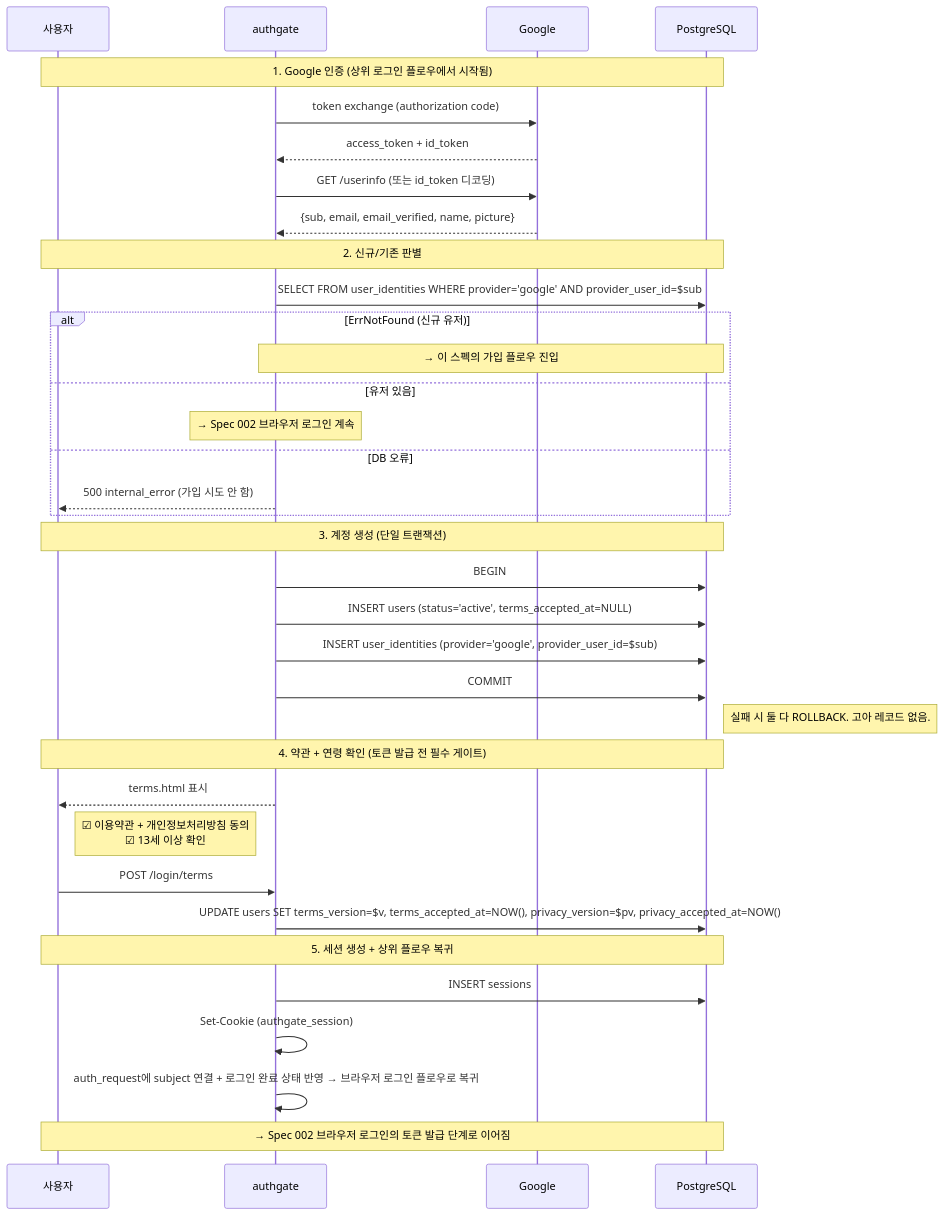
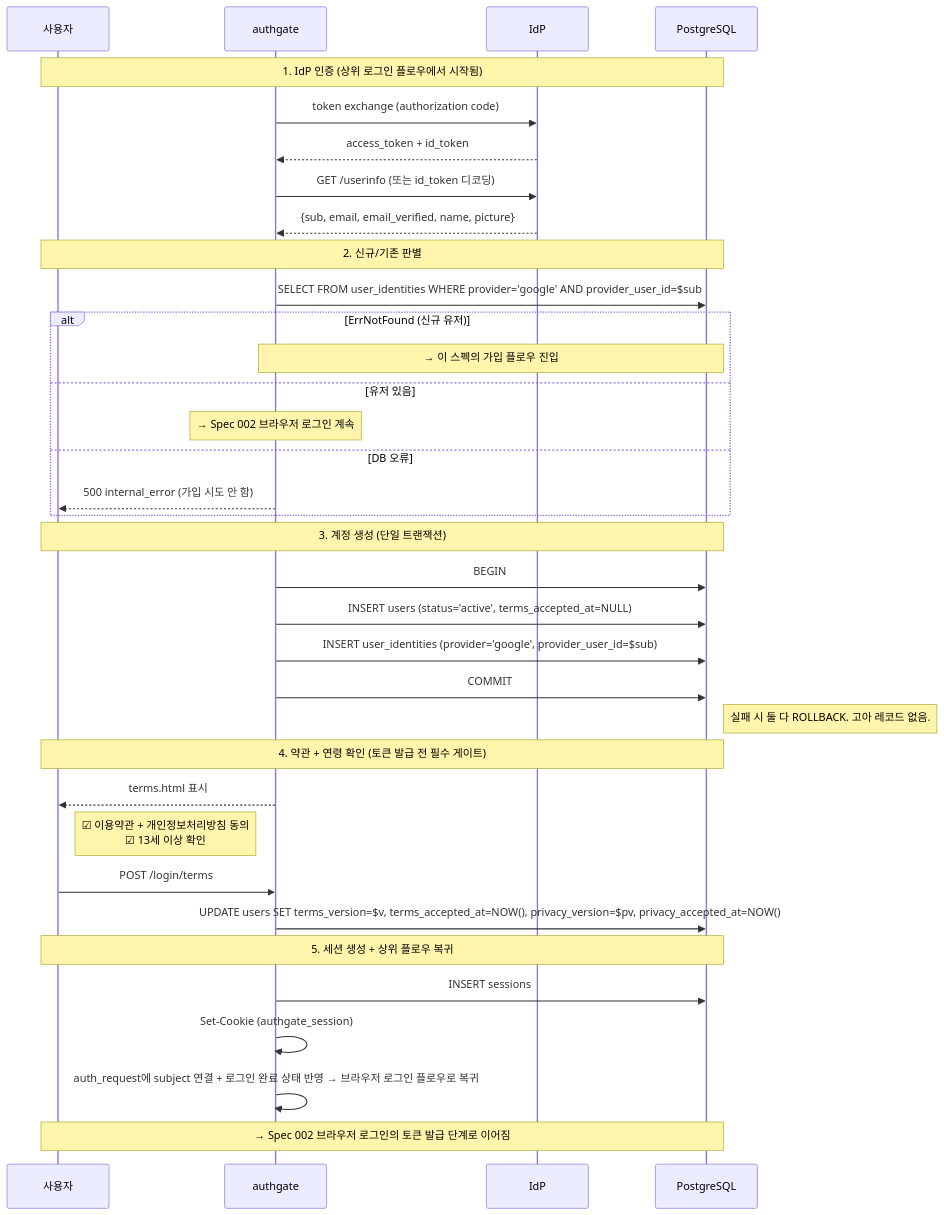
The diagram in docs/spec/001-signup.md (cagojeiger/authgate), drawn with Mermaid before and after one commit. The commit also changed other lines of this file and 12 other files, not shown here.

````diff
--- a/docs/spec/001-signup.md
+++ b/docs/spec/001-signup.md
@@ -50,42 +50,42 @@
 ```mermaid
 sequenceDiagram
     participant U as 사용자
     participant AG as authgate
-    participant G as Google
+    participant IdP as IdP
     participant DB as PostgreSQL
 
-    Note over U,DB: 1. Google 인증 (상위 로그인 플로우에서 시작됨)
-    AG->>G: token exchange (authorization code)
-    G-->>AG: access_token + id_token
-    AG->>G: GET /userinfo (또는 id_token 디코딩)
-    G-->>AG: {sub, email, email_verified, name, picture}
+    Note over U,DB: 1. IdP 인증 (상위 로그인 플로우에서 시작됨)
+    AG->>IdP: token exchange (authorization code)
+    IdP-->>AG: access_token + id_token
+    AG->>IdP: GET /userinfo (또는 id_token 디코딩)
+    IdP-->>AG: {sub, email, email_verified, name, picture}
 
     Note over U,DB: 2. 신규/기존 판별
     AG->>DB: SELECT FROM user_identities WHERE provider='google' AND provider_user_id=$sub
     alt ErrNotFound (신규 유저)
         Note over AG,DB: → 이 스펙의 가입 플로우 진입
     else 유저 있음
         Note over AG: → Spec 002 브라우저 로그인 계속
     else DB 오류
         AG-->>U: 500 internal_error (가입 시도 안 함)
     end
 
     Note over U,DB: 3. 계정 생성 (단일 트랜잭션)
     AG->>DB: BEGIN
     AG->>DB: INSERT users (status='active', terms_accepted_at=NULL)
     AG->>DB: INSERT user_identities (provider='google', provider_user_id=$sub)
     AG->>DB: COMMIT
     Note right of DB: 실패 시 둘 다 ROLLBACK. 고아 레코드 없음.
 
     Note over U,DB: 4. 약관 + 연령 확인 (토큰 발급 전 필수 게이트)
     AG-->>U: terms.html 표시
     Note right of U: ☑ 이용약관 + 개인정보처리방침 동의<br/>☑ 13세 이상 확인
     U->>AG: POST /login/terms
     AG->>DB: UPDATE users SET terms_version=$v, terms_accepted_at=NOW(), privacy_version=$pv, privacy_accepted_at=NOW()
 
     Note over U,DB: 5. 세션 생성 + 상위 플로우 복귀
     AG->>DB: INSERT sessions
     AG->>AG: Set-Cookie (authgate_session)
     AG->>AG: auth_request에 subject 연결 + 로그인 완료 상태 반영 → 브라우저 로그인 플로우로 복귀
     Note over U,DB: → Spec 002 브라우저 로그인의 토큰 발급 단계로 이어짐
 ```
````
